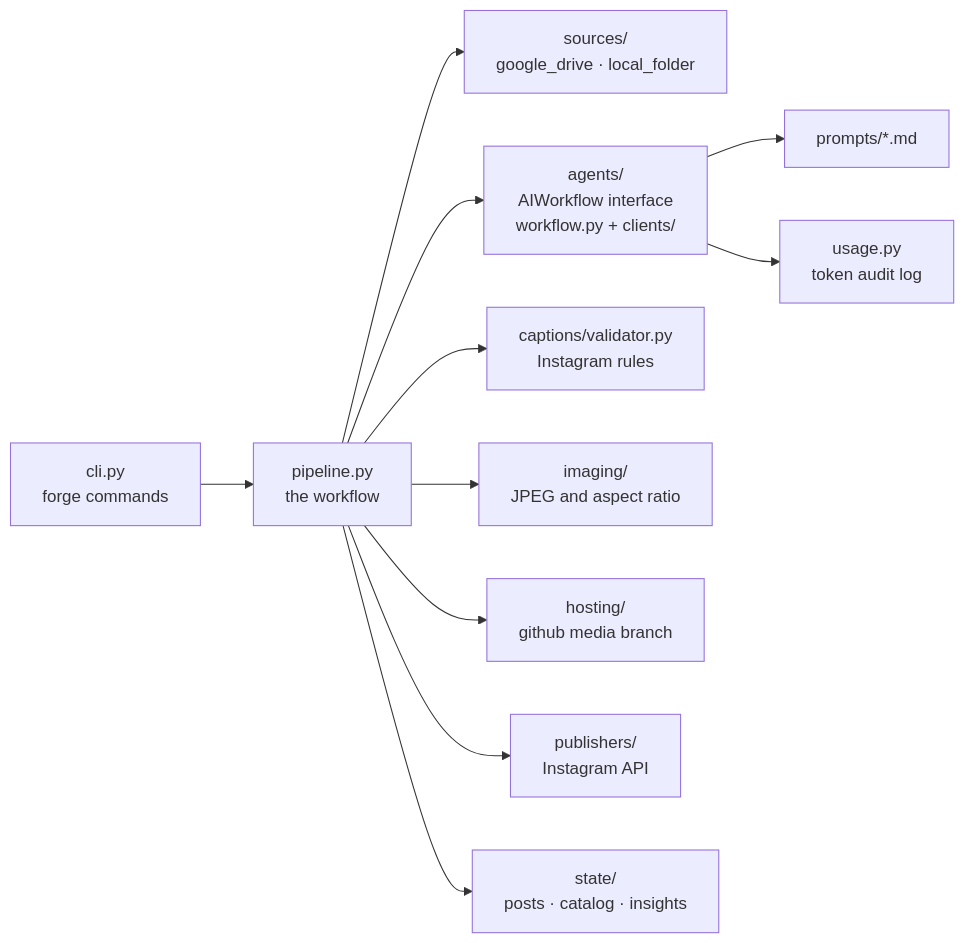
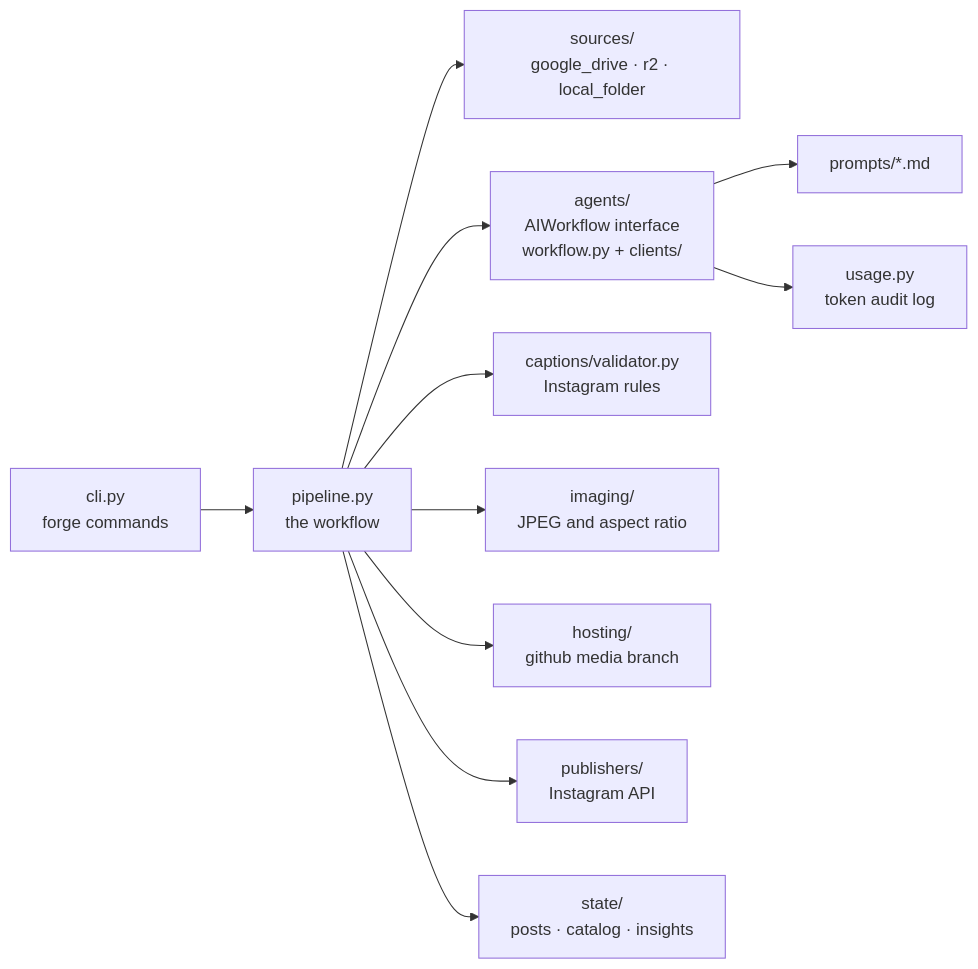
Before and after one commit to sritajkumarpatel/instaPostsForge: the third of 3 diagrams in docs/ARCHITECTURE.md, drawn with Mermaid. The commit also changed other lines of this file and 4 other files, not shown here.

First line of the commit message:
Docs: photos from Google Drive or Cloudflare R2

````diff
--- a/docs/ARCHITECTURE.md
+++ b/docs/ARCHITECTURE.md
@@ -65,13 +65,13 @@
 ```mermaid
 flowchart LR
     CLI["cli.py<br/>forge commands"] --> Pipeline["pipeline.py<br/>the workflow"]
-    Pipeline --> Sources["sources/<br/>google_drive · local_folder"]
+    Pipeline --> Sources["sources/<br/>google_drive · r2 · local_folder"]
     Pipeline --> Agents["agents/<br/>AIWorkflow interface<br/>workflow.py + clients/"]
     Agents --> Prompts["prompts/*.md"]
     Agents --> Usage["usage.py<br/>token audit log"]
     Pipeline --> Rules["captions/validator.py<br/>Instagram rules"]
     Pipeline --> Imaging["imaging/<br/>JPEG and aspect ratio"]
     Pipeline --> Hosting["hosting/<br/>github media branch"]
     Pipeline --> Publishers["publishers/<br/>Instagram API"]
     Pipeline --> StateMod["state/<br/>posts · catalog · insights"]
 ```
````
